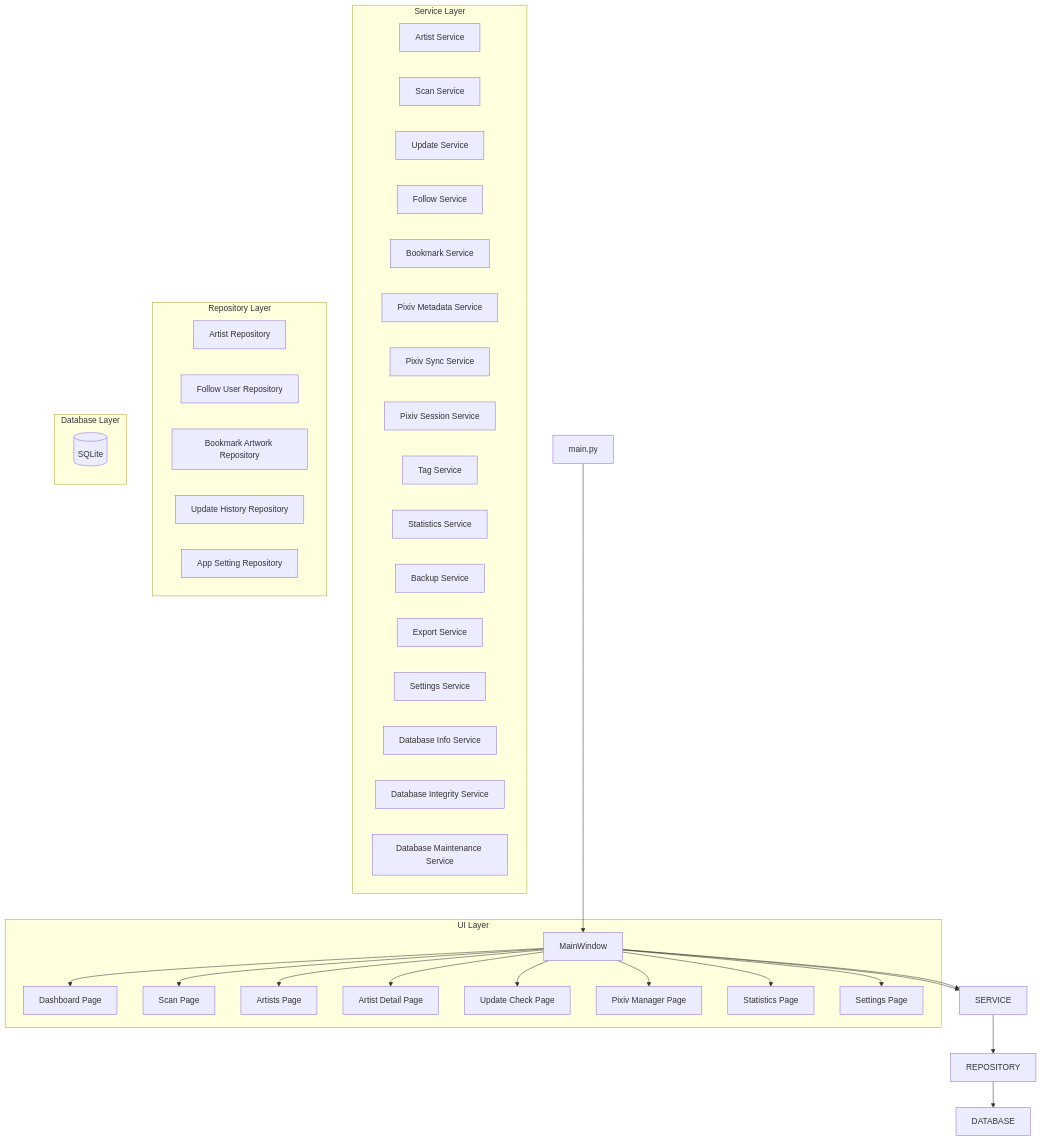
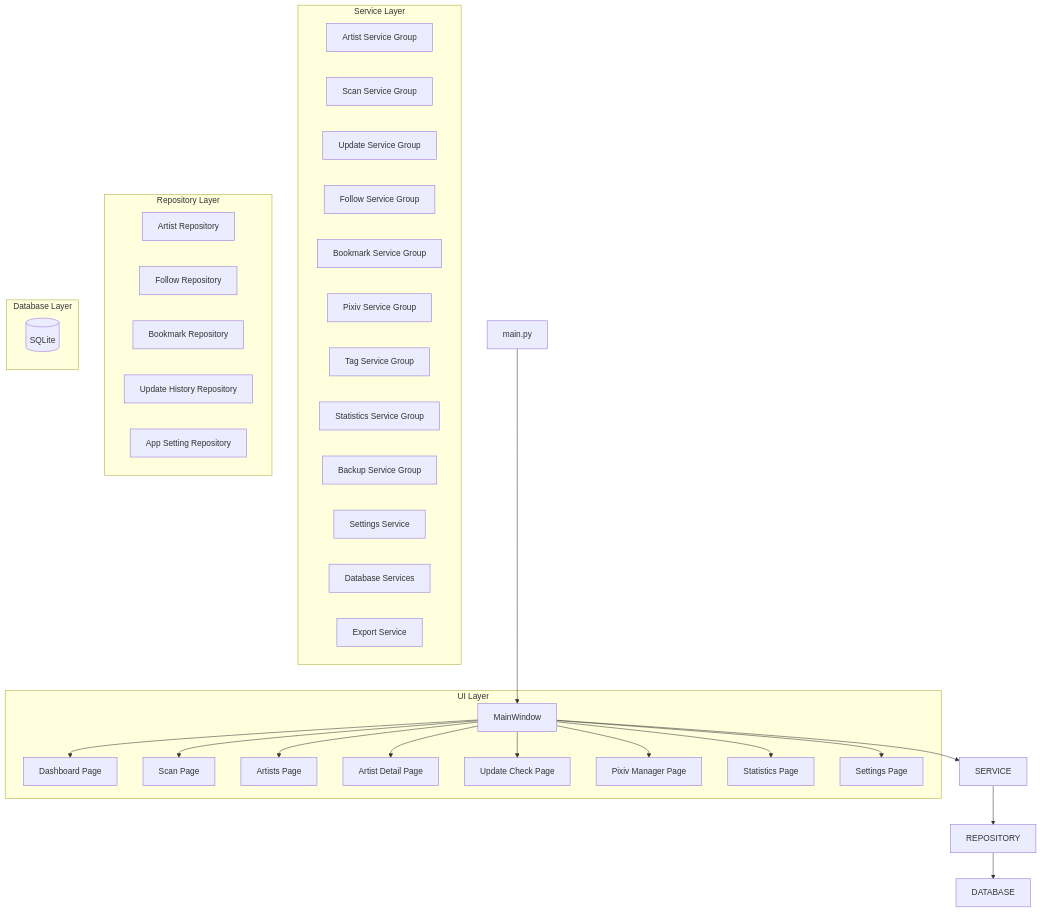
Before and after one commit to PKT0623/PixivLocalManager: the first of 23 diagrams in docs/07_ARCHITECTURE.md, drawn with Mermaid. The commit also changed other lines of this file and 4 other files, not shown here.

Commit message:
docs: reorganize architecture and service documentation

```diff
--- a/docs/07_ARCHITECTURE.md
+++ b/docs/07_ARCHITECTURE.md
@@ -54,33 +54,29 @@
 
 subgraph Service Layer
 
-ARTIST_SERVICE[Artist Service]
+ARTIST_SERVICE[Artist Service Group]
 
-SCAN_SERVICE[Scan Service]
-UPDATE_SERVICE[Update Service]
+SCAN_SERVICE[Scan Service Group]
+UPDATE_SERVICE[Update Service Group]
 
-FOLLOW_SERVICE[Follow Service]
-BOOKMARK_SERVICE[Bookmark Service]
+FOLLOW_SERVICE[Follow Service Group]
+BOOKMARK_SERVICE[Bookmark Service Group]
 
-PIXIV_METADATA[Pixiv Metadata Service]
-PIXIV_SYNC[Pixiv Sync Service]
-PIXIV_SESSION[Pixiv Session Service]
+PIXIV_SERVICE[Pixiv Service Group]
 
-TAG_SERVICE[Tag Service]
+TAG_SERVICE[Tag Service Group]
 
-STATISTICS_SERVICE[Statistics Service]
+STATISTICS_SERVICE[Statistics Service Group]
 
-BACKUP_SERVICE[Backup Service]
-EXPORT_SERVICE[Export Service]
+BACKUP_SERVICE[Backup Service Group]
+
 SETTINGS_SERVICE[Settings Service]
 
-DATABASE_INFO[Database Info Service]
-DATABASE_INTEGRITY[Database Integrity Service]
-DATABASE_MAINTENANCE[Database Maintenance Service]
+DATABASE_SERVICE[Database Services]
+
+EXPORT_SERVICE[Export Service]
 
 end
-
-UI --> SERVICE
 
 SERVICE --> REPOSITORY
 
@@ -88,8 +84,8 @@
 
 ARTIST_REPOSITORY[Artist Repository]
 
-FOLLOW_REPOSITORY[Follow User Repository]
-BOOKMARK_REPOSITORY[Bookmark Artwork Repository]
+FOLLOW_REPOSITORY[Follow Repository]
+BOOKMARK_REPOSITORY[Bookmark Repository]
 
 UPDATE_HISTORY_REPOSITORY[Update History Repository]
 APP_SETTING_REPOSITORY[App Setting Repository]
```
